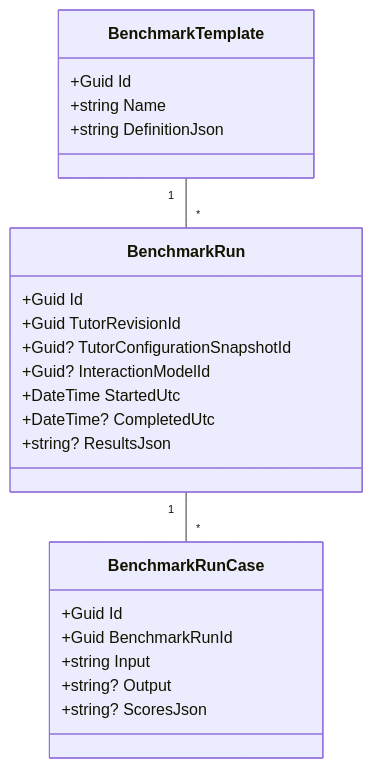
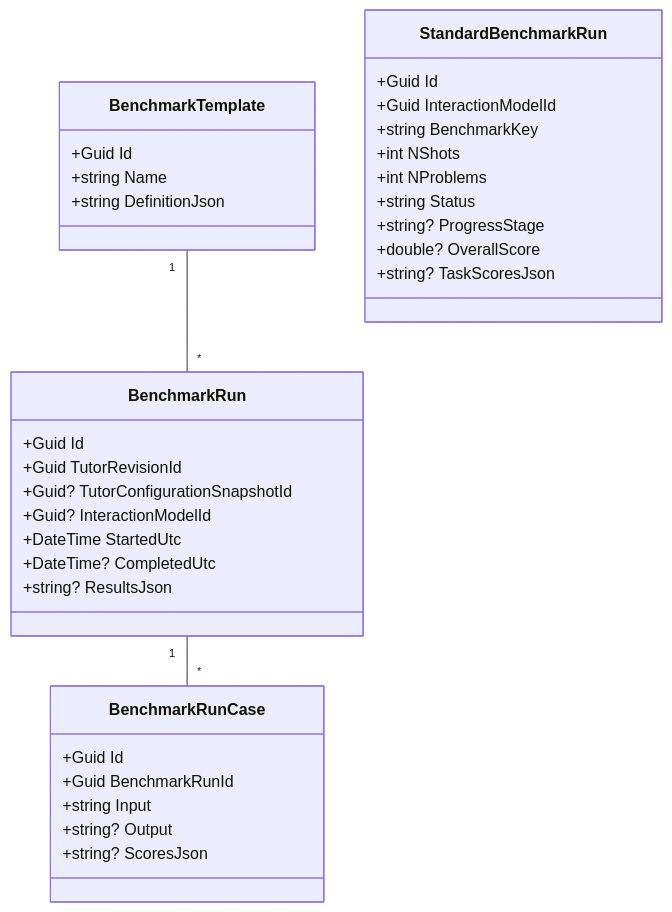
The sixth of 8 diagrams in docs/architecture.md (PrasannaTandukar/bitcraft), drawn with Mermaid before and after one commit. The commit also changed other lines of this file and 53 other files, not shown here.

First line of the commit message:
fix(benchmarking): harden standard benchmark execution end to end

````diff
--- a/docs/architecture.md
+++ b/docs/architecture.md
@@ -305,26 +305,37 @@
 ```mermaid
 classDiagram
     class BenchmarkTemplate {
         +Guid Id
         +string Name
         +string DefinitionJson
     }
     class BenchmarkRun {
         +Guid Id
         +Guid TutorRevisionId
         +Guid? TutorConfigurationSnapshotId
         +Guid? InteractionModelId
         +DateTime StartedUtc
         +DateTime? CompletedUtc
         +string? ResultsJson
     }
     class BenchmarkRunCase {
         +Guid Id
         +Guid BenchmarkRunId
         +string Input
         +string? Output
         +string? ScoresJson
     }
+    class StandardBenchmarkRun {
+        +Guid Id
+        +Guid InteractionModelId
+        +string BenchmarkKey
+        +int NShots
+        +int NProblems
+        +string Status
+        +string? ProgressStage
+        +double? OverallScore
+        +string? TaskScoresJson
+    }
     BenchmarkTemplate "1" -- "*" BenchmarkRun
     BenchmarkRun "1" -- "*" BenchmarkRunCase
 ```
````
